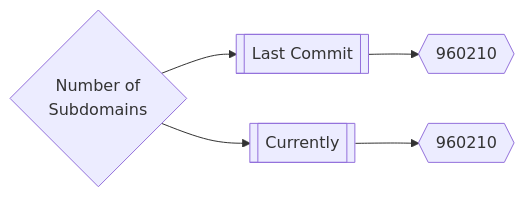
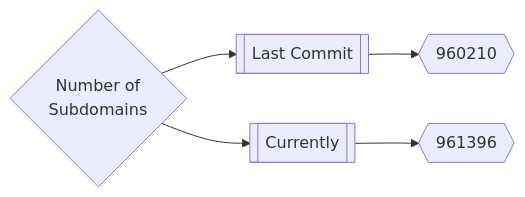
One commit to trickest/inventory changed the first of 3 diagrams in README.md. Above: the diagram before and after it, drawn with Mermaid. The commit also changed other lines of this file, not shown here.

````diff
--- a/README.md
+++ b/README.md
@@ -165,5 +165,5 @@
 ```mermaid
 graph LR
 title{Number of<br>Subdomains} --> subdomainsDate1[[Last Commit]] --> subdomainsNum1{{960210}}
-title --> subdomainsDate2[[Currently]] --> subdomainsNum2{{960210}}
+title --> subdomainsDate2[[Currently]] --> subdomainsNum2{{961396}}
 ```
````
